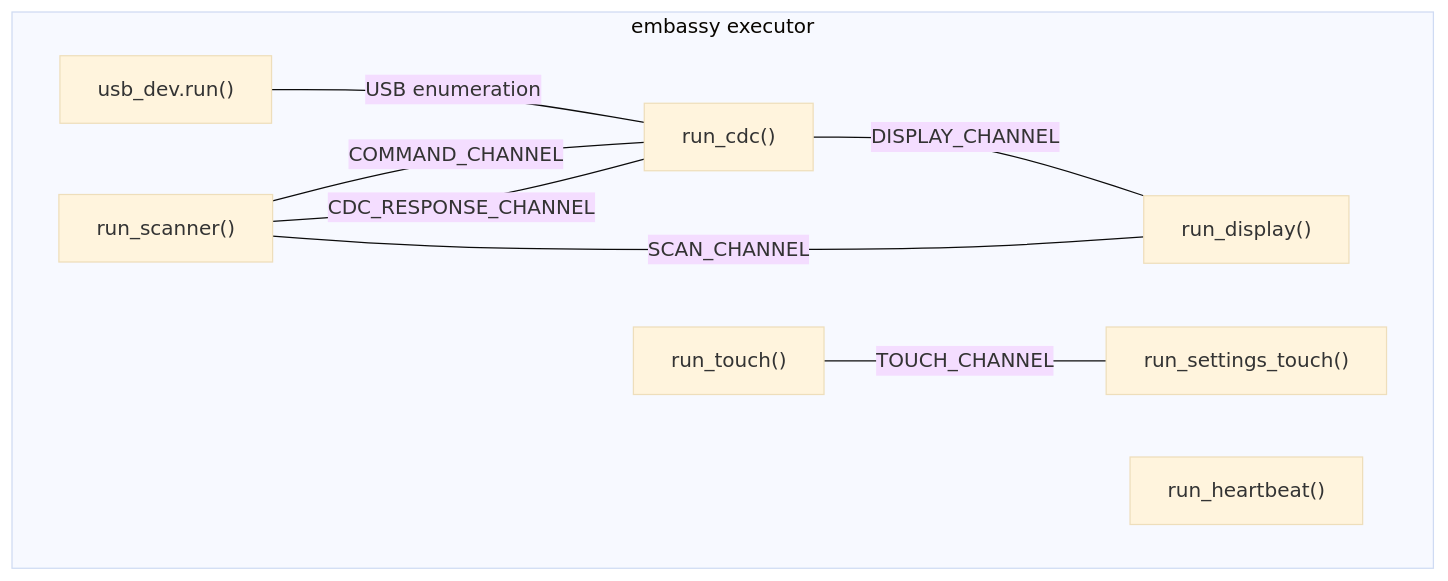
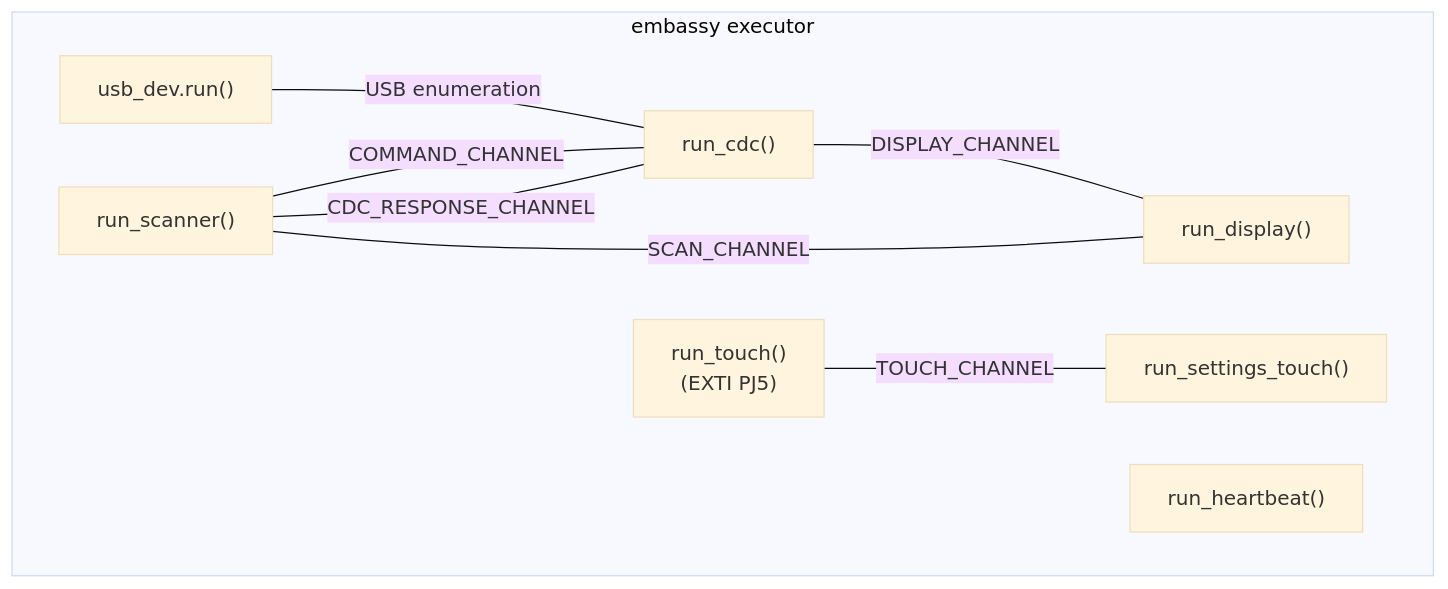
Before and after one commit to Amperstrand/gm65-scanner: the third of 4 diagrams in AGENTS.md, drawn with Mermaid (base theme). The commit also changed other lines of this file and 1 other file, not shown here.

````diff
--- a/AGENTS.md
+++ b/AGENTS.md
@@ -314,18 +326,18 @@
 ```mermaid
 flowchart TD
     subgraph Embassy["embassy executor"]
         USB["usb_dev.run()"]
         SCANNER["run_scanner()"]
         CDC["run_cdc()"]
         DISPLAY["run_display()"]
-        TOUCH["run_touch()"]
+        TOUCH["run_touch()<br/>(EXTI PJ5)"]
         SETTINGS["run_settings_touch()"]
         HEARTBEAT["run_heartbeat()"]
     end
     USB ---|"USB enumeration"| CDC
     SCANNER ---|"COMMAND_CHANNEL"| CDC
     SCANNER ---|"CDC_RESPONSE_CHANNEL"| CDC
     CDC ---|"DISPLAY_CHANNEL"| DISPLAY
     TOUCH ---|"TOUCH_CHANNEL"| SETTINGS
     SCANNER ---|"SCAN_CHANNEL"| DISPLAY
 ```
````
